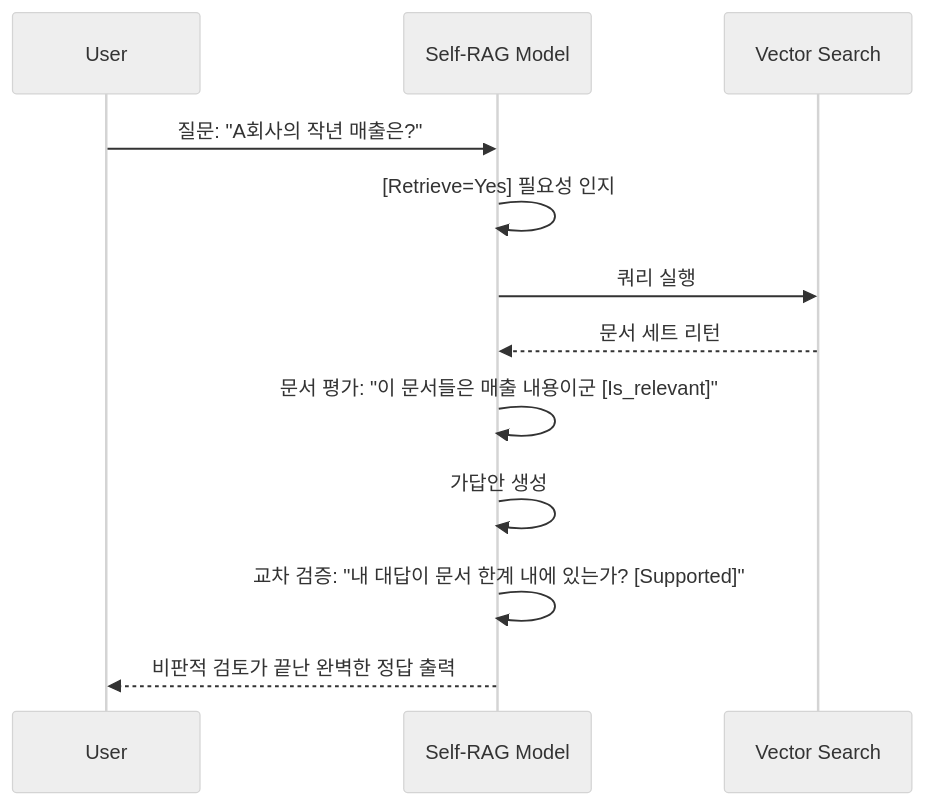
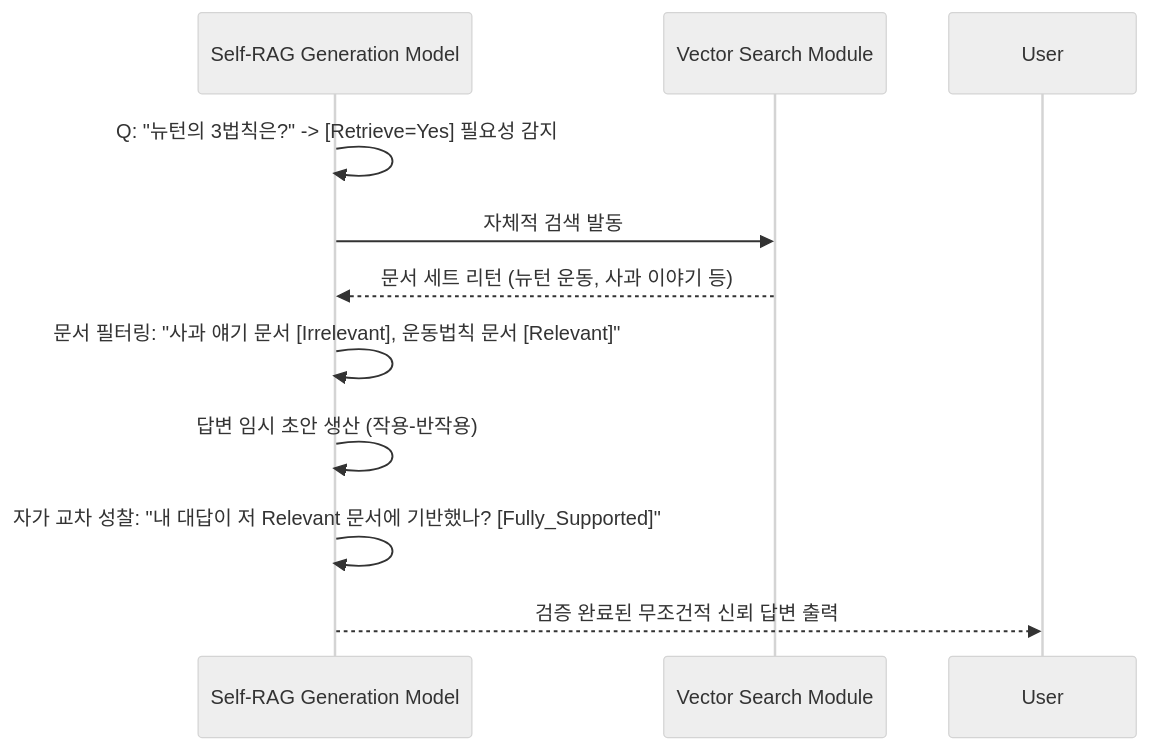
One commit to DaeyeonWon/self-study changed the third of 3 diagrams in week2.md. Above: the diagram before and after it, drawn with Mermaid (neutral theme). The commit also changed other lines of this file and 7 other files, not shown here.

Commit message:
Massive 10x Volume Expansion of 1-8 Weeks with 80+ Latest Papers and Architecture Mermaid Integration

```diff
--- a/week2.md
+++ b/week2.md
@@ -114,14 +102,12 @@
 <div class="mermaid">
 sequenceDiagram
-    participant User
-    participant LM as Self-RAG Model
-    participant DB as Vector Search
-    User->>LM: 질문: "A회사의 작년 매출은?"
-    LM->>LM: [Retrieve=Yes] 필요성 인지
-    LM->>DB: 쿼리 실행
-    DB-->>LM: 문서 세트 리턴
-    LM->>LM: 문서 평가: "이 문서들은 매출 내용이군 [Is_relevant]"
-    LM->>LM: 가답안 생성
-    LM->>LM: 교차 검증: "내 대답이 문서 한계 내에 있는가? [Supported]"
-    LM-->>User: 비판적 검토가 끝난 완벽한 정답 출력
+    participant LLM as Self-RAG Generation Model
+    participant DB as Vector Search Module
+    LLM->>LLM: Q: "뉴턴의 3법칙은?" -> [Retrieve=Yes] 필요성 감지
+    LLM->>DB: 자체적 검색 발동
+    DB-->>LLM: 문서 세트 리턴 (뉴턴 운동, 사과 이야기 등)
+    LLM->>LLM: 문서 필터링: "사과 얘기 문서 [Irrelevant], 운동법칙 문서 [Relevant]"
+    LLM->>LLM: 답변 임시 초안 생산 (작용-반작용)
+    LLM->>LLM: 자가 교차 성찰: "내 대답이 저 Relevant 문서에 기반했나? [Fully_Supported]"
+    LLM-->>User: 검증 완료된 무조건적 신뢰 답변 출력
 </div>
```
